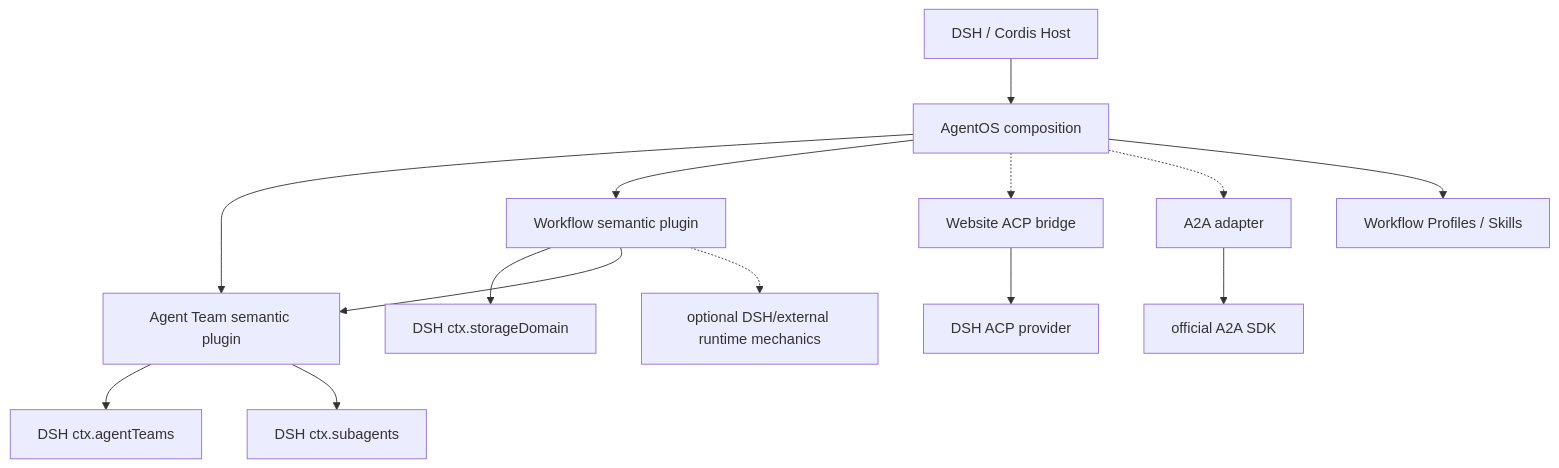
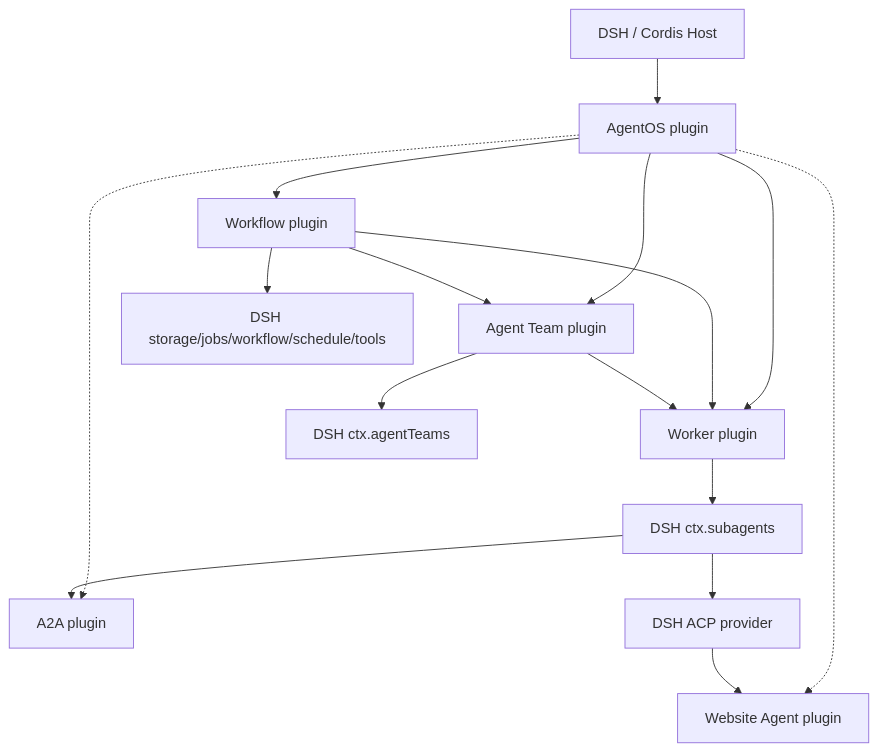
Before and after one commit to tsuuanmi/AgentOS: the diagram in docs/architecture/plugins/README.md, drawn with Mermaid. The commit also changed other lines of this file, not shown here.

Commit message:
docs: make plugin tree the canonical architecture index

```diff
--- a/docs/architecture/plugins/README.md
+++ b/docs/architecture/plugins/README.md
@@ -11,27 +69,35 @@
 ~~~mermaid
 flowchart TB
     Host[DSH / Cordis Host]
-    AgentOS[AgentOS composition]
+    AgentOS[AgentOS plugin]
 
-    Team[Agent Team semantic plugin]
-    Workflow[Workflow semantic plugin]
-    Website[Website ACP bridge]
-    A2A[A2A adapter]
-    Profiles[Workflow Profiles / Skills]
+    Workflow[Workflow plugin]
+    Team[Agent Team plugin]
+    Worker[Worker plugin]
+    Website[Website Agent plugin]
+    A2A[A2A plugin]
+
+    DSHAT[DSH ctx.agentTeams]
+    Sub[DSH ctx.subagents]
+    ACP[DSH ACP provider]
+    Runtime[DSH storage/jobs/workflow/schedule/tools]
 
     Host --> AgentOS
+    AgentOS --> Workflow
     AgentOS --> Team
-    AgentOS --> Workflow
+    AgentOS --> Worker
     AgentOS -.-> Website
     AgentOS -.-> A2A
-    AgentOS --> Profiles
 
-    Team --> DSHAT[DSH ctx.agentTeams]
-    Team --> Sub[DSH ctx.subagents]
-    Website --> ACP[DSH ACP provider]
-    A2A --> A2ASDK[official A2A SDK]
+    Workflow --> Team
+    Workflow --> Worker
+    Team --> Worker
 
-    Workflow --> Store[DSH ctx.storageDomain]
-    Workflow --> Team
-    Workflow -.-> Runtime[optional DSH/external runtime mechanics]
+    Team --> DSHAT
+    Worker --> Sub
+    Sub --> ACP
+    ACP --> Website
+    Sub --> A2A
+
+    Workflow --> Runtime
 ~~~
```
